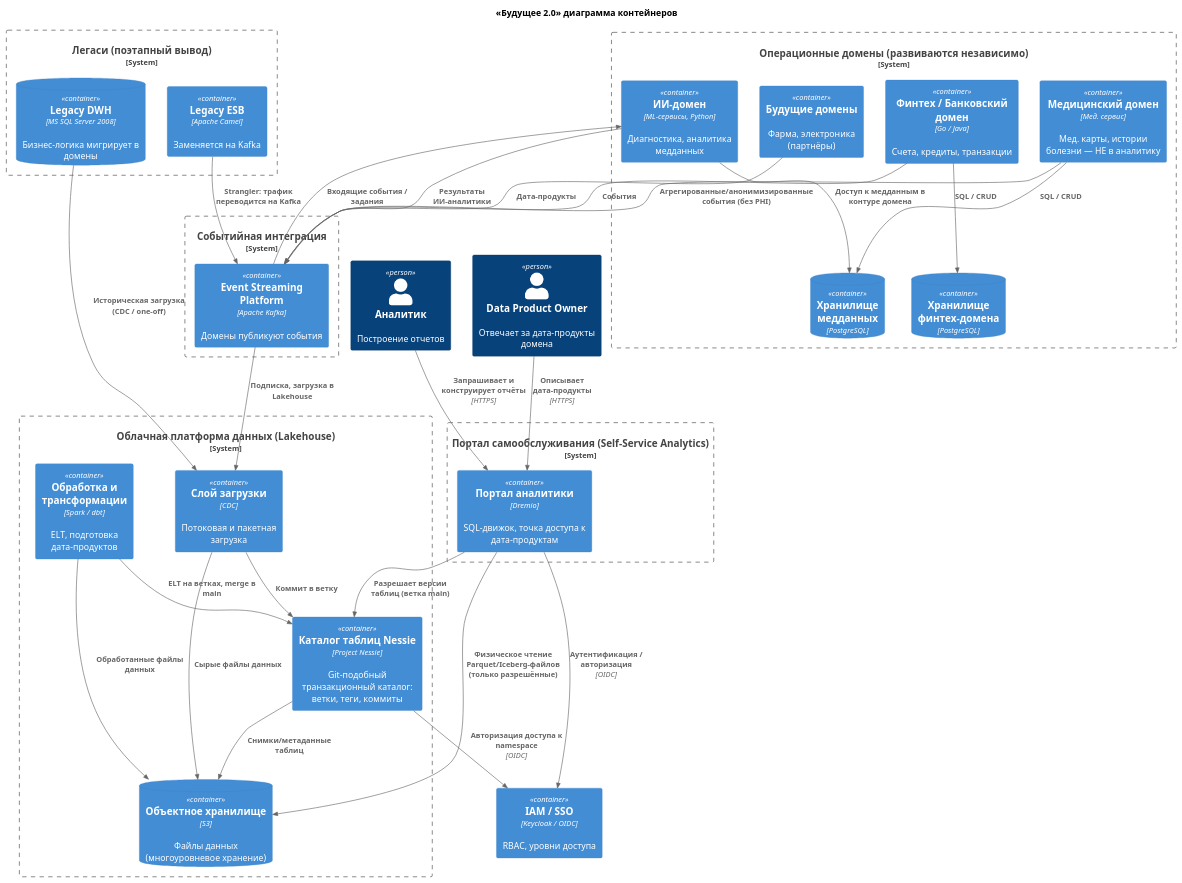
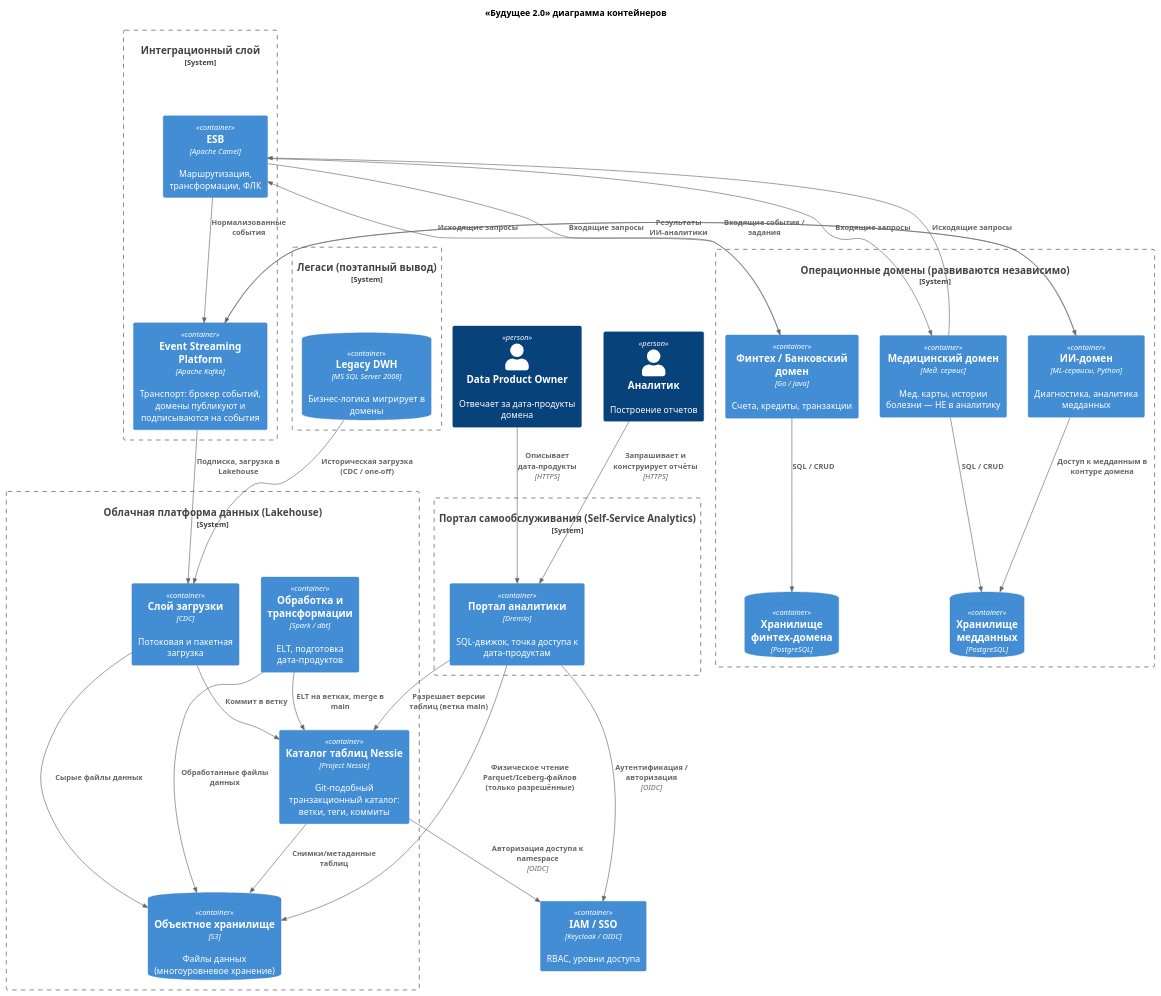
One commit to Madm1key/architecture-future_2_0 changed the diagram in Task1/c4-container.puml. Above: the diagram before and after it, drawn with PlantUML. The commit also changed 1 other file, not shown here.

```diff
--- a/Task1/c4-container.puml
+++ b/Task1/c4-container.puml
@@ -1,68 +1,69 @@
 @startuml c4-container
 !include <C4/C4_Container>
 
 title «Будущее 2.0» диаграмма контейнеров
 
 Person(analyst, "Аналитик", "Построение отчетов")
 Person(owner, "Data Product Owner", "Отвечает за дата-продукты домена")
 
 System_Boundary(ss, "Портал самообслуживания (Self-Service Analytics)") {
     Container(portal, "Портал аналитики", "Dremio", "SQL-движок, точка доступа к дата-продуктам")
 }
 
 System_Boundary(lake, "Облачная платформа данных (Lakehouse)") {
     Container(ingest, "Слой загрузки", "CDC", "Потоковая и пакетная загрузка")
     Container(nessie, "Каталог таблиц Nessie", "Project Nessie", "Git-подобный транзакционный каталог: ветки, теги, коммиты")
     ContainerDb(storage, "Объектное хранилище", "S3", "Файлы данных (многоуровневое хранение)")
     Container(process, "Обработка и трансформации", "Spark / dbt", "ELT, подготовка дата-продуктов")
 }
 
-System_Boundary(bus, "Событийная интеграция") {
-    Container(kafka, "Event Streaming Platform", "Apache Kafka", "Домены публикуют события")
+System_Boundary(bus, "Интеграционный слой") {
+    Container(kafka, "Event Streaming Platform", "Apache Kafka", "Транспорт: брокер событий, домены публикуют и подписываются на события")
+    Container(integration, "ESB", "Apache Camel", "Маршрутизация, трансформации, ФЛК")
 }
 
 System_Boundary(domains, "Операционные домены (развиваются независимо)") {
     Container(clinical, "Медицинский домен", "Мед. сервис", "Мед. карты, истории болезни — НЕ в аналитику")
     ContainerDb(clinicaldb, "Хранилище медданных", "PostgreSQL", "")
     Container(fintech, "Финтех / Банковский домен", "Go / Java", "Счета, кредиты, транзакции")
     ContainerDb(fintechdb, "Хранилище финтех-домена", "PostgreSQL", "")
     Container(ai, "ИИ-домен", "ML-сервисы, Python", "Диагностика, аналитика медданных")
-    Container(future, "Будущие домены", "", "Фарма, электроника (партнёры)")
 }
 
 Container(iam, "IAM / SSO", "Keycloak / OIDC", "RBAC, уровни доступа")
 
 System_Boundary(legacy, "Легаси (поэтапный вывод)") {
     ContainerDb(dwh, "Legacy DWH", "MS SQL Server 2008", "Бизнес-логика мигрирует в домены")
-    Container(esb, "Legacy ESB", "Apache Camel", "Заменяется на Kafka")
 }
 
 Rel(analyst, portal, "Запрашивает и конструирует отчёты", "HTTPS")
 Rel(owner, portal, "Описывает дата-продукты", "HTTPS")
 
 Rel(portal, nessie, "Разрешает версии таблиц (ветка main)")
 Rel(portal, storage, "Физическое чтение Parquet/Iceberg-файлов (только разрешённые)")
 Rel(portal, iam, "Аутентификация / авторизация", "OIDC")
 Rel(nessie, iam, "Авторизация доступа к namespace", "OIDC")
 
 Rel(ingest, storage, "Сырые файлы данных")
 Rel(ingest, nessie, "Коммит в ветку")
 Rel(process, storage, "Обработанные файлы данных")
 Rel(process, nessie, "ELT на ветках, merge в main")
 Rel(nessie, storage, "Снимки/метаданные таблиц")
 
-Rel(fintech, kafka, "События")
+Rel(fintech, integration, "Исходящие запросы")
+Rel(clinical, integration, "Исходящие запросы")
+Rel(integration, kafka, "Нормализованные события")
+Rel(integration, fintech, "Входящие запросы")
+Rel(integration, clinical, "Входящие запросы")
+
 Rel(kafka, ai, "Входящие события / задания")
 Rel(ai, kafka, "Результаты ИИ-аналитики")
-Rel(future, kafka, "Дата-продукты")
-Rel(clinical, kafka, "Агрегированные/анонимизированные события (без PHI)")
 Rel(kafka, ingest, "Подписка, загрузка в Lakehouse")
 
 Rel(clinical, clinicaldb, "SQL / CRUD")
 Rel(fintech, fintechdb, "SQL / CRUD")
 Rel(ai, clinicaldb, "Доступ к медданным в контуре домена")
 
 Rel(dwh, ingest, "Историческая загрузка (CDC / one-off)")
-Rel(esb, kafka, "Strangler: трафик переводится на Kafka")
 
 @enduml
```
